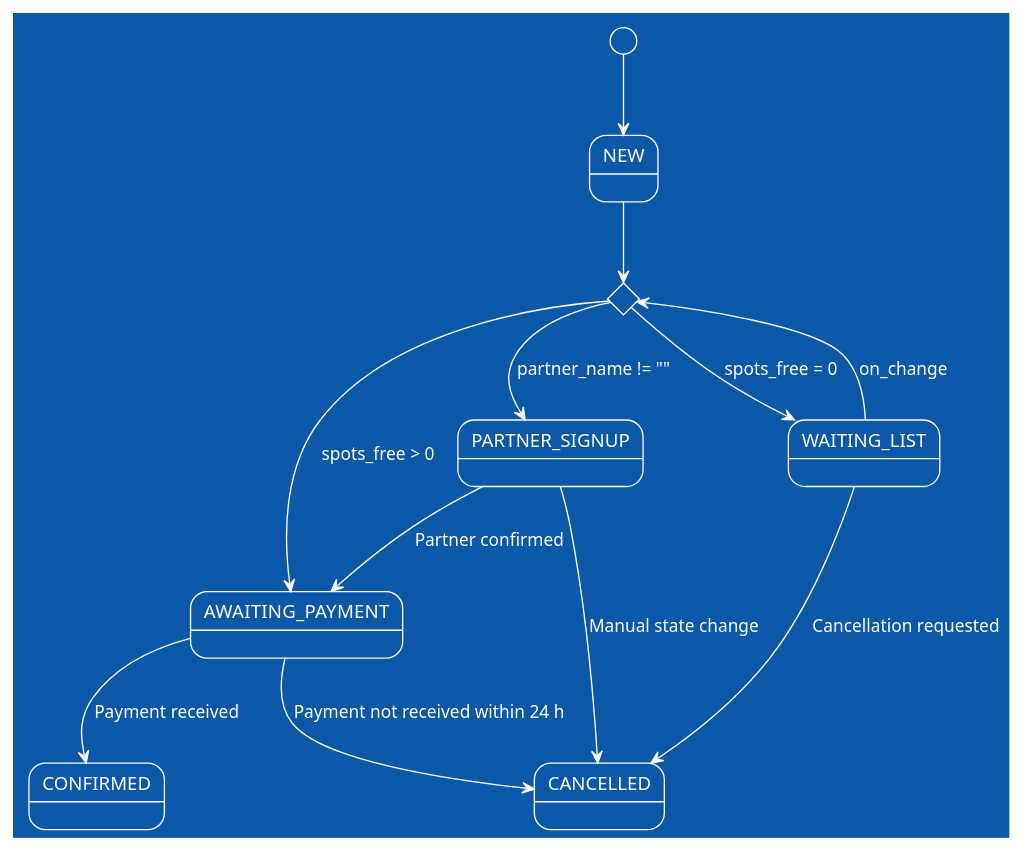
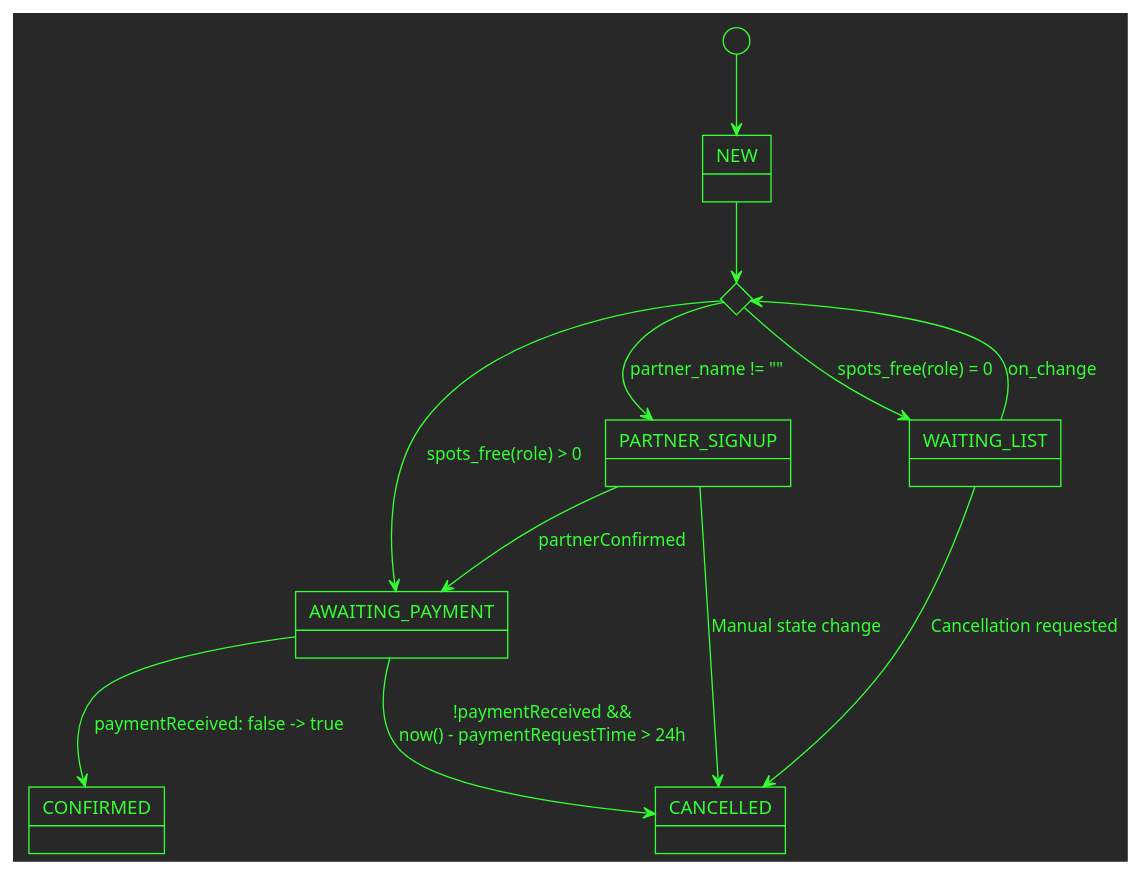
One commit to feingoof/wcs-workshop-registration changed the diagram in diagrams/state_diagram.puml. Above: the diagram before and after it, drawn with PlantUML. The commit also changed 8 other files, not shown here.

```diff
--- a/diagrams/state_diagram.puml
+++ b/diagrams/state_diagram.puml
@@ -1,30 +1,32 @@
 @startuml
-!theme amiga
+
+' !theme crt-amber
+!theme crt-green
+' !theme amiga
+
+skinparam DefaultFontName JetBrains Mono
+skinparam RoundCorner 0
 
 [*] --> NEW
 
 state new_choice <<choice>>
 
 NEW --> new_choice
 
-new_choice --> WAITING_LIST : spots_free = 0
-new_choice --> AWAITING_PAYMENT : spots_free > 0
+new_choice --> WAITING_LIST : spots_free(role) = 0
+new_choice --> AWAITING_PAYMENT : spots_free(role) > 0
 new_choice --> PARTNER_SIGNUP : partner_name != ""
 
-PARTNER_SIGNUP --> AWAITING_PAYMENT : Partner confirmed
+PARTNER_SIGNUP --> AWAITING_PAYMENT : partnerConfirmed
 PARTNER_SIGNUP --> CANCELLED : Manual state change
 
 WAITING_LIST --> new_choice : on_change
 
 WAITING_LIST --> CANCELLED : Cancellation requested
 
-AWAITING_PAYMENT --> CANCELLED : Payment not received within 24 h
+AWAITING_PAYMENT --> CANCELLED : !paymentReceived &&\nnow() - paymentRequestTime > 24h
 
-AWAITING_PAYMENT --> CONFIRMED : Payment received
-
-state CONFIRMED {
-
-}
+AWAITING_PAYMENT --> CONFIRMED : paymentReceived: false -> true
 
 
 @enduml
```
